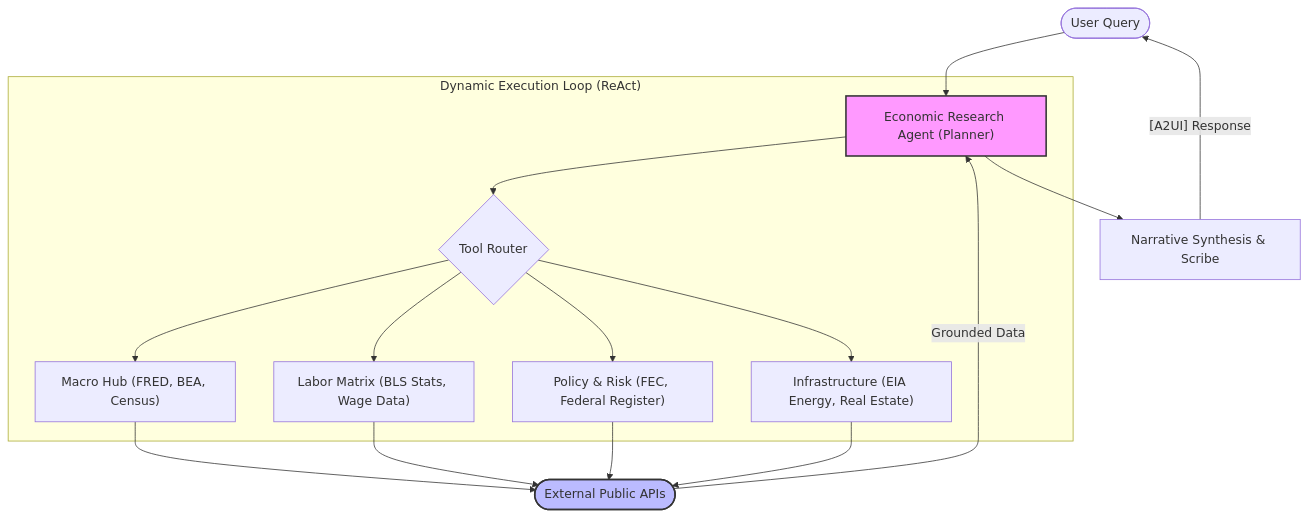
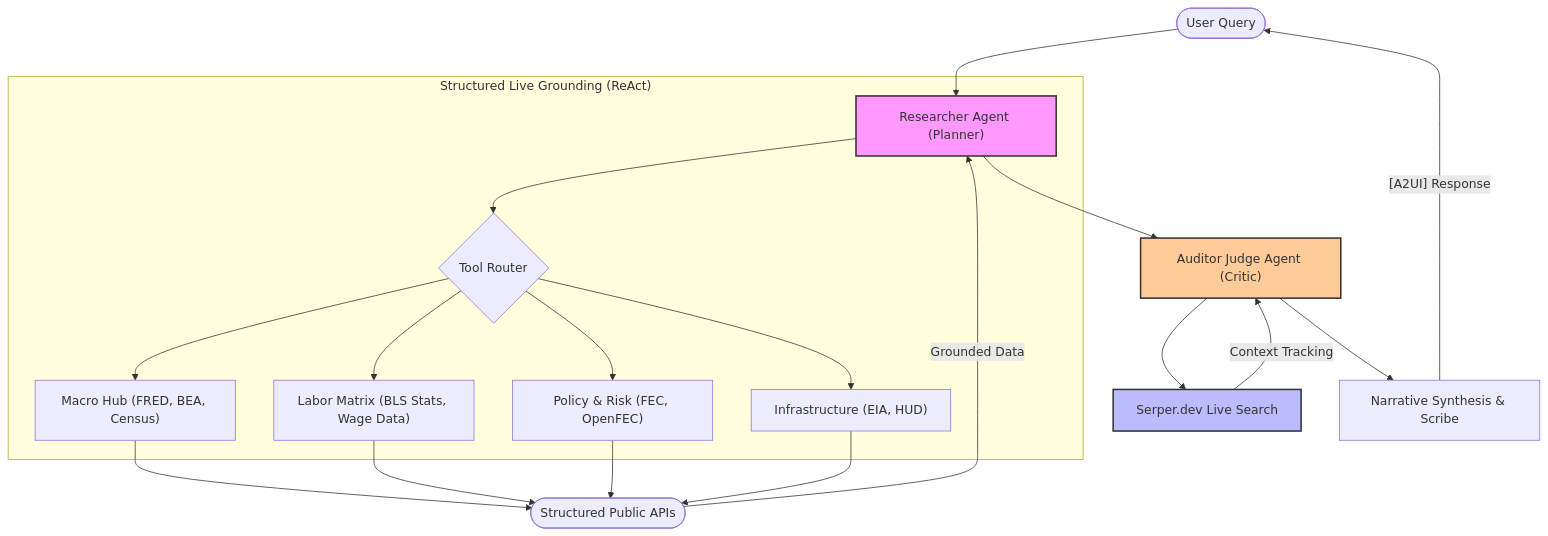
One commit to enriquekalven/economic-research-agent changed the diagram in README.md. Above: the diagram before and after it, drawn with Mermaid. The commit also changed other lines of this file and 17 other files, not shown here.

Commit message:
feat: Upgrade to Multi-Agent Actor-Critic loops and Cross-Industry scopes

````diff
--- a/README.md
+++ b/README.md
@@ -17,24 +17,30 @@
 ```mermaid
 graph TD
-    User([User Query]) --> Agent["Economic Research Agent (Planner)"]
+    User([User Query]) --> Planner["Researcher Agent (Planner)"]
     
-    subgraph "Dynamic Execution Loop (ReAct)"
-        Agent --> ToolRouter{"Tool Router"}
+    subgraph "Structured Live Grounding (ReAct)"
+        Planner --> ToolRouter{"Tool Router"}
         ToolRouter --> Macro["Macro Hub (FRED, BEA, Census)"]
         ToolRouter --> Labor["Labor Matrix (BLS Stats, Wage Data)"]
-        ToolRouter --> Policy["Policy & Risk (FEC, Federal Register)"]
-        ToolRouter --> Infra["Infrastructure (EIA Energy, Real Estate)"]
+        ToolRouter --> Policy["Policy & Risk (FEC, OpenFEC)"]
+        ToolRouter --> Infra["Infrastructure (EIA, HUD)"]
     end
     
-    Macro --> LiveAPIs([External Public APIs])
+    Macro --> LiveAPIs([Structured Public APIs])
     Labor --> LiveAPIs
     Policy --> LiveAPIs
     Infra --> LiveAPIs
     
-    LiveAPIs -->|"Grounded Data"| Agent
-    Agent --> Narrative["Narrative Synthesis & Scribe"]
+    LiveAPIs -->|"Grounded Data"| Planner
+    
+    Planner --> Judge["Auditor Judge Agent (Critic)"]
+    Judge --> Search["Serper.dev Live Search"]
+    Search -->|"Context Tracking"| Judge
+    
+    Judge --> Narrative["Narrative Synthesis & Scribe"]
     Narrative -->|"[A2UI] Response"| User
     
-    style Agent fill:#f9f,stroke:#333,stroke-width:2px
-    style LiveAPIs fill:#bbf,stroke:#333,stroke-width:2px
+    style Planner fill:#f9f,stroke:#333,stroke-width:2px
+    style Judge fill:#ffcc99,stroke:#333,stroke-width:2px
+    style Search fill:#bbf,stroke:#333,stroke-width:2px
 ```
````
